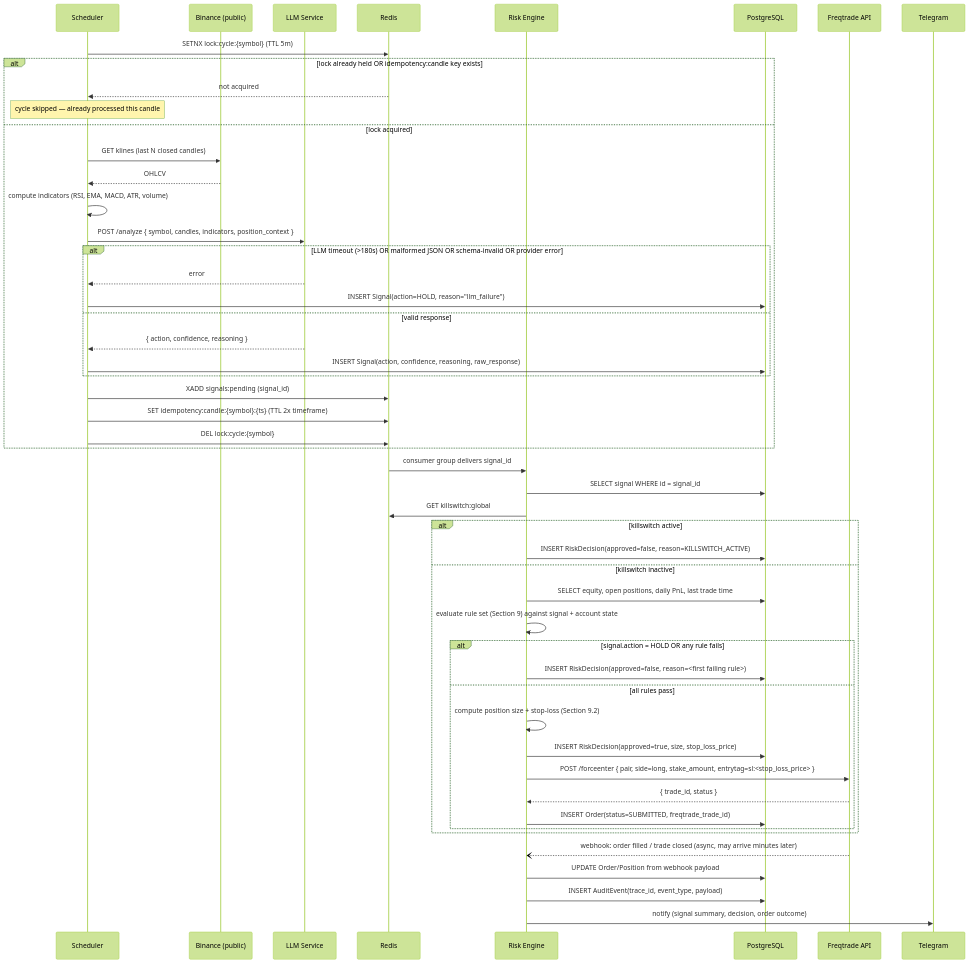
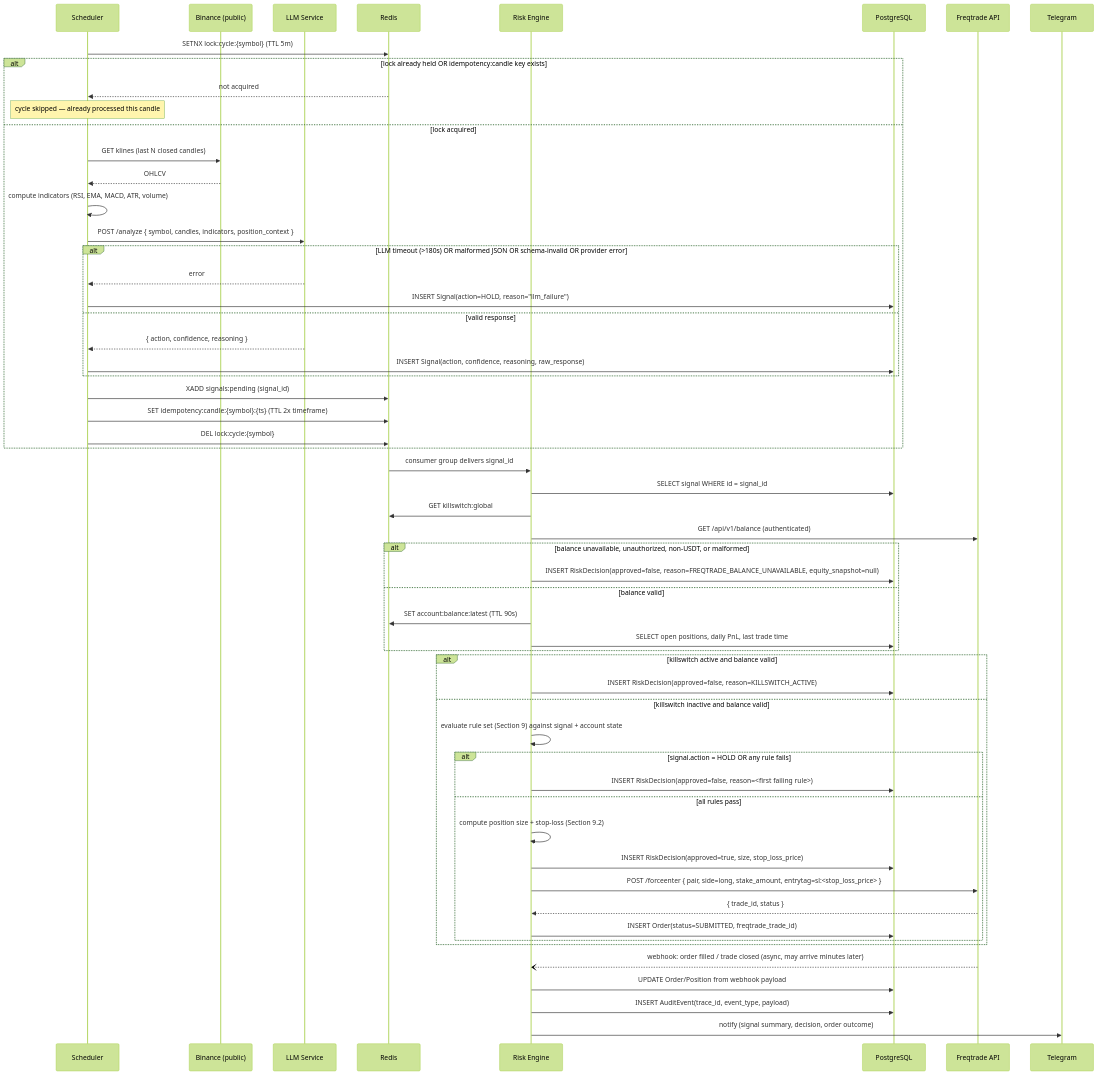
Before and after one commit to quang-ng/TradeMind: the second of 3 diagrams in PROJECT.md, drawn with Mermaid (forest theme). The commit also changed other lines of this file and 23 other files, not shown here.

````diff
--- a/PROJECT.md
+++ b/PROJECT.md
@@ -166,60 +168,67 @@
 ```mermaid
 sequenceDiagram
     participant SCH as Scheduler
     participant BIN as Binance (public)
     participant LLM as LLM Service
     participant RED as Redis
     participant RE as Risk Engine
     participant PG as PostgreSQL
     participant FT as Freqtrade API
     participant TG as Telegram
 
     SCH->>RED: SETNX lock:cycle:{symbol} (TTL 5m)
     alt lock already held OR idempotency:candle key exists
         RED-->>SCH: not acquired
         Note over SCH: cycle skipped — already processed this candle
     else lock acquired
         SCH->>BIN: GET klines (last N closed candles)
         BIN-->>SCH: OHLCV
         SCH->>SCH: compute indicators (RSI, EMA, MACD, ATR, volume)
         SCH->>LLM: POST /analyze { symbol, candles, indicators, position_context }
 
         alt LLM timeout (>180s) OR malformed JSON OR schema-invalid OR provider error
             LLM-->>SCH: error
             SCH->>PG: INSERT Signal(action=HOLD, reason="llm_failure")
         else valid response
             LLM-->>SCH: { action, confidence, reasoning }
             SCH->>PG: INSERT Signal(action, confidence, reasoning, raw_response)
         end
 
         SCH->>RED: XADD signals:pending (signal_id)
         SCH->>RED: SET idempotency:candle:{symbol}:{ts} (TTL 2x timeframe)
         SCH->>RED: DEL lock:cycle:{symbol}
     end
 
     RED->>RE: consumer group delivers signal_id
     RE->>PG: SELECT signal WHERE id = signal_id
     RE->>RED: GET killswitch:global
+    RE->>FT: GET /api/v1/balance (authenticated)
 
-    alt killswitch active
+    alt balance unavailable, unauthorized, non-USDT, or malformed
+        RE->>PG: INSERT RiskDecision(approved=false, reason=FREQTRADE_BALANCE_UNAVAILABLE, equity_snapshot=null)
+    else balance valid
+        RE->>RED: SET account:balance:latest (TTL 90s)
+        RE->>PG: SELECT open positions, daily PnL, last trade time
+    end
+
+    alt killswitch active and balance valid
         RE->>PG: INSERT RiskDecision(approved=false, reason=KILLSWITCH_ACTIVE)
-    else killswitch inactive
-        RE->>PG: SELECT equity, open positions, daily PnL, last trade time
+    else killswitch inactive and balance valid
         RE->>RE: evaluate rule set (Section 9) against signal + account state
 
         alt signal.action = HOLD OR any rule fails
             RE->>PG: INSERT RiskDecision(approved=false, reason=<first failing rule>)
         else all rules pass
             RE->>RE: compute position size + stop-loss (Section 9.2)
             RE->>PG: INSERT RiskDecision(approved=true, size, stop_loss_price)
             RE->>FT: POST /forceenter { pair, side=long, stake_amount, entrytag=sl:<stop_loss_price> }
             FT-->>RE: { trade_id, status }
             RE->>PG: INSERT Order(status=SUBMITTED, freqtrade_trade_id)
         end
     end
 
     FT--)RE: webhook: order filled / trade closed (async, may arrive minutes later)
     RE->>PG: UPDATE Order/Position from webhook payload
     RE->>PG: INSERT AuditEvent(trace_id, event_type, payload)
     RE->>TG: notify (signal summary, decision, order outcome)
 ```
````
